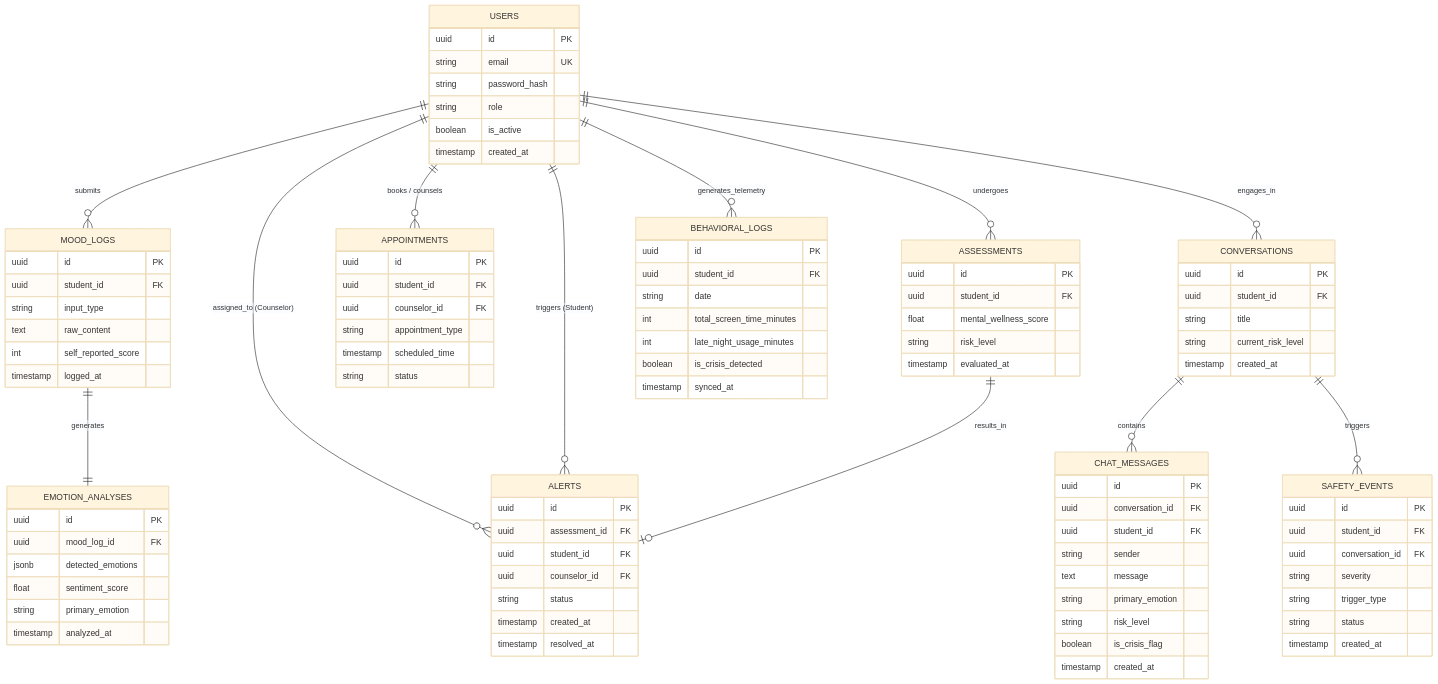
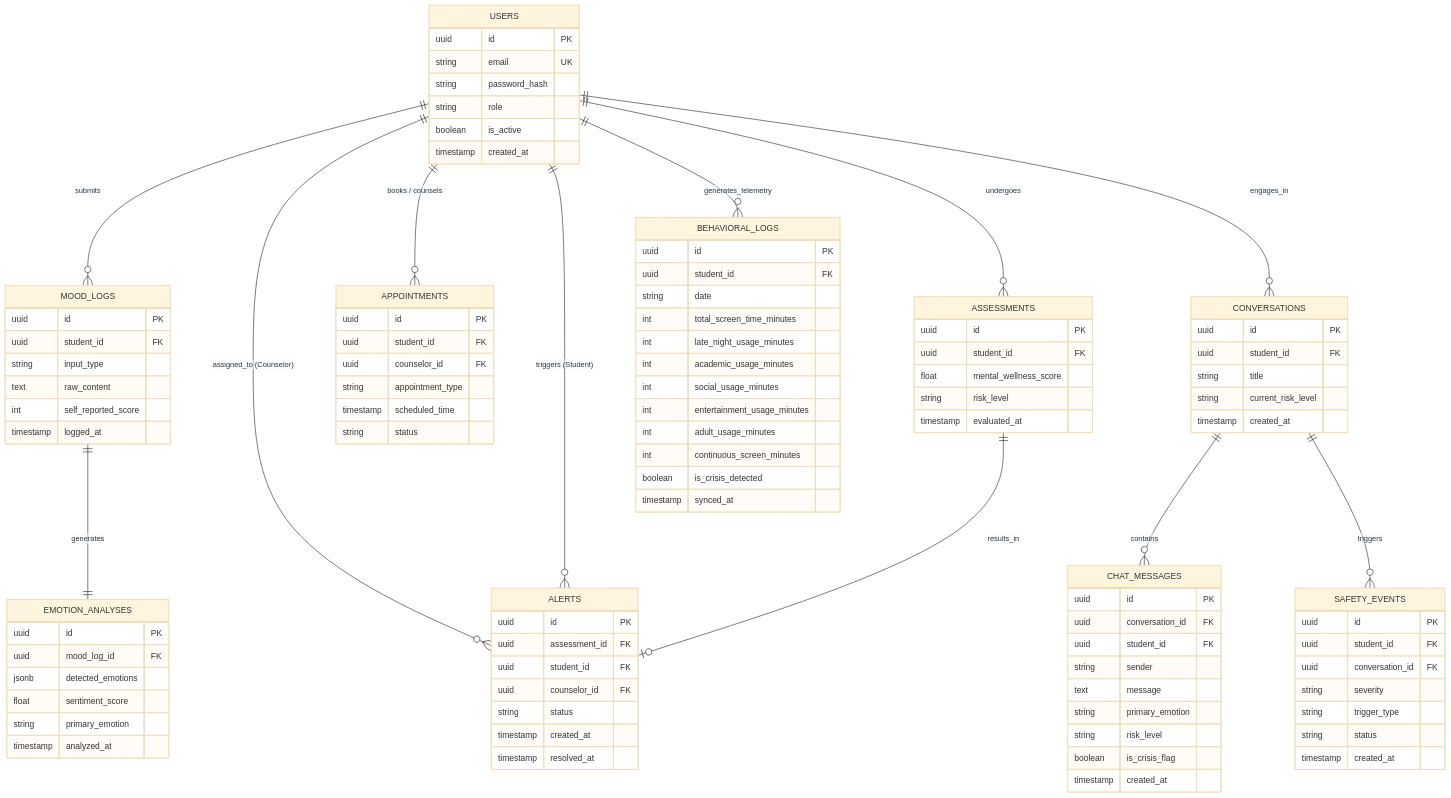
One commit to PASUPULASAITEJA/MindGuardAI changed the diagram in docs/DATABASE.md. Above: the diagram before and after it, drawn with Mermaid (base theme). The commit also changed other lines of this file, not shown here.

```diff
--- a/docs/DATABASE.md
+++ b/docs/DATABASE.md
@@ -118,6 +118,11 @@
         string date
         int total_screen_time_minutes
         int late_night_usage_minutes
+        int academic_usage_minutes
+        int social_usage_minutes
+        int entertainment_usage_minutes
+        int adult_usage_minutes
+        int continuous_screen_minutes
         boolean is_crisis_detected
         timestamp synced_at
     }
```
